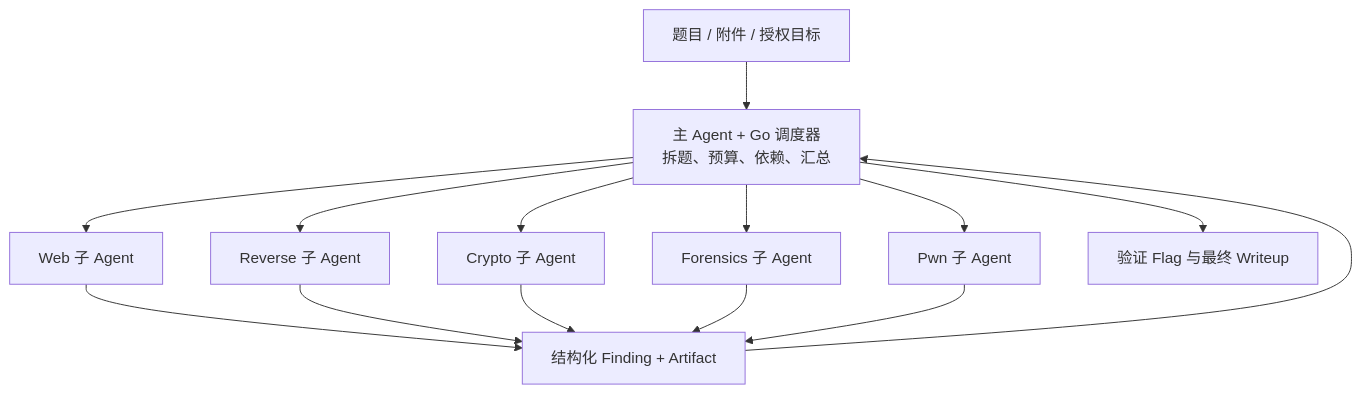
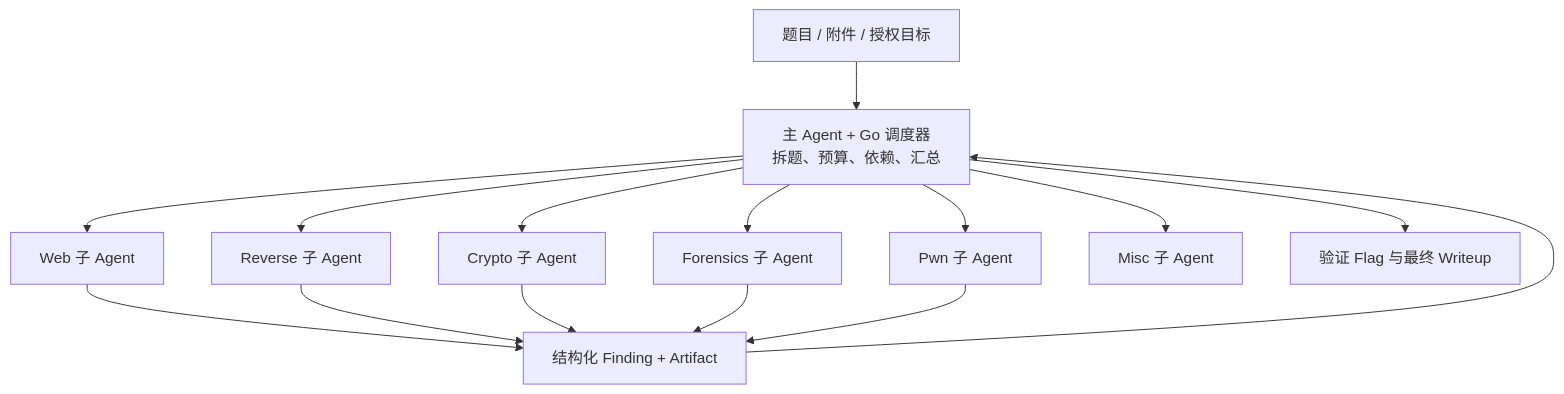
Before and after one commit to huihuilikaile/CTF-BTFly: the second of 2 diagrams in docs/项目结构说明.md, drawn with Mermaid. The commit also changed other lines of this file and 31 other files, not shown here.

````diff
--- a/docs/项目结构说明.md
+++ b/docs/项目结构说明.md
@@ -457,16 +457,17 @@
 ```mermaid
 flowchart TD
     Challenge["题目 / 附件 / 授权目标"] --> Orchestrator["主 Agent + Go 调度器\n拆题、预算、依赖、汇总"]
     Orchestrator --> Web["Web 子 Agent"]
     Orchestrator --> Rev["Reverse 子 Agent"]
     Orchestrator --> Crypto["Crypto 子 Agent"]
     Orchestrator --> Forensics["Forensics 子 Agent"]
     Orchestrator --> Pwn["Pwn 子 Agent"]
+    Orchestrator --> Misc["Misc 子 Agent"]
     Web --> Evidence["结构化 Finding + Artifact"]
     Rev --> Evidence
     Crypto --> Evidence
     Forensics --> Evidence
     Pwn --> Evidence
     Evidence --> Orchestrator
     Orchestrator --> Report["验证 Flag 与最终 Writeup"]
 ```
````
